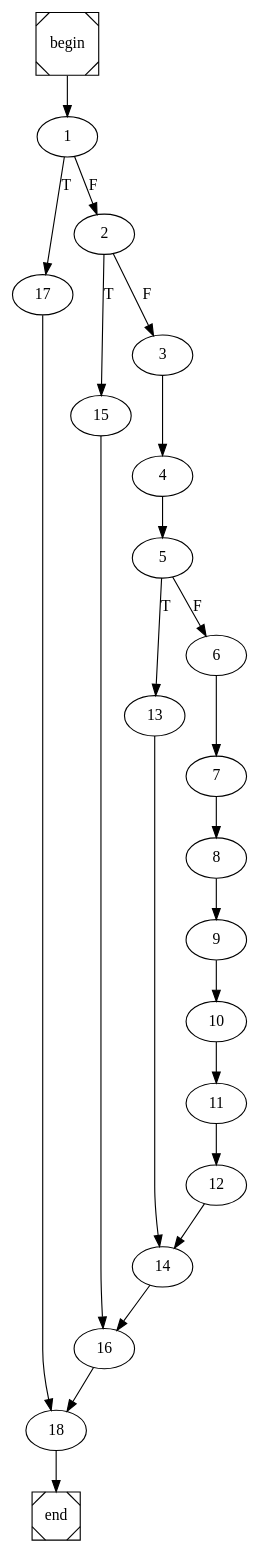
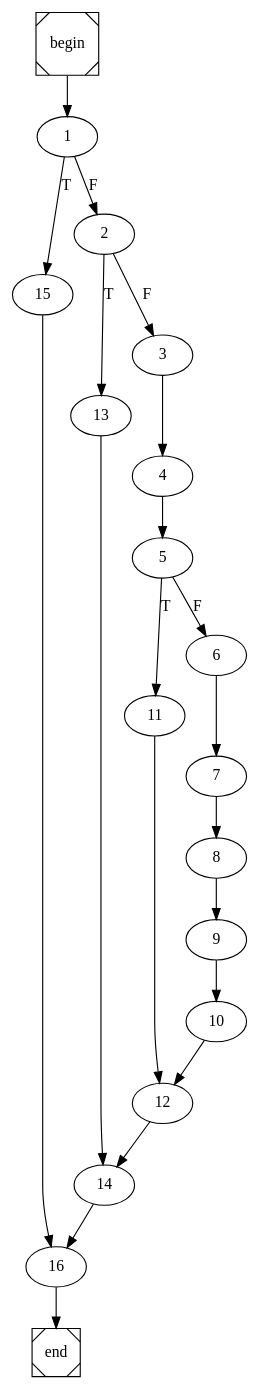
One commit to nunores/Java-Compiler changed the diagram in MoveRow.dot. Above: the diagram before and after it, drawn with Graphviz. The commit also changed 6 other files, not shown here.

```diff
--- a/MoveRow.dot
+++ b/MoveRow.dot
@@ -1,4 +1,4 @@
 digraph cfg {
 	begin [shape=Msquare];
 	end [shape=Msquare];
-	begin -> 1;	1 -> 17[label=T];	1 -> 2[label=F];	2 -> 15[label=T];	2 -> 3[label=F];	3 -> 4;	4 -> 5;	5 -> 13[label=T];	5 -> 6[label=F];	6 -> 7;	7 -> 8;	8 -> 9;	9 -> 10;	10 -> 11;	11 -> 12;	12 -> 14;	13 -> 14;	14 -> 16;	15 -> 16;	16 -> 18;	17 -> 18;	18 -> end;}
+	begin -> 1;	1 -> 15[label=T];	1 -> 2[label=F];	2 -> 13[label=T];	2 -> 3[label=F];	3 -> 4;	4 -> 5;	5 -> 11[label=T];	5 -> 6[label=F];	6 -> 7;	7 -> 8;	8 -> 9;	9 -> 10;	10 -> 12;	11 -> 12;	12 -> 14;	13 -> 14;	14 -> 16;	15 -> 16;	16 -> end;}
```
